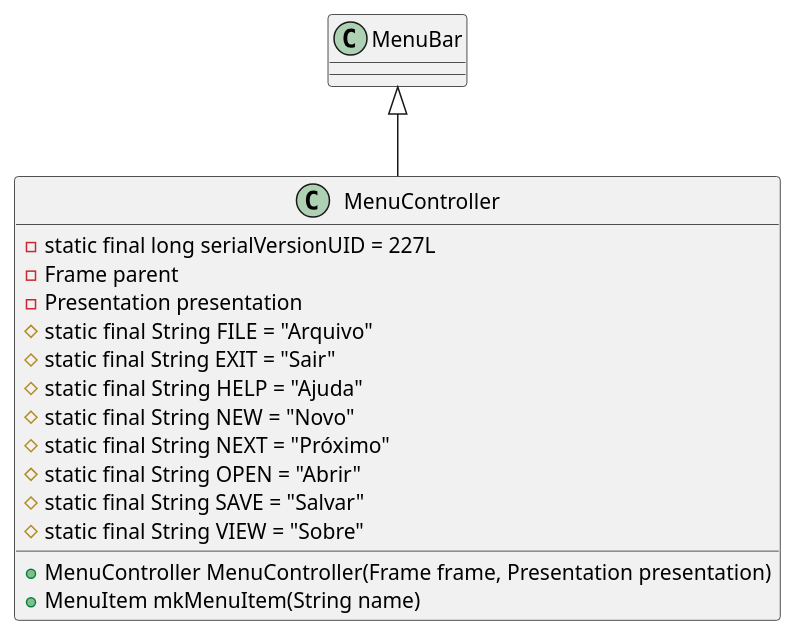
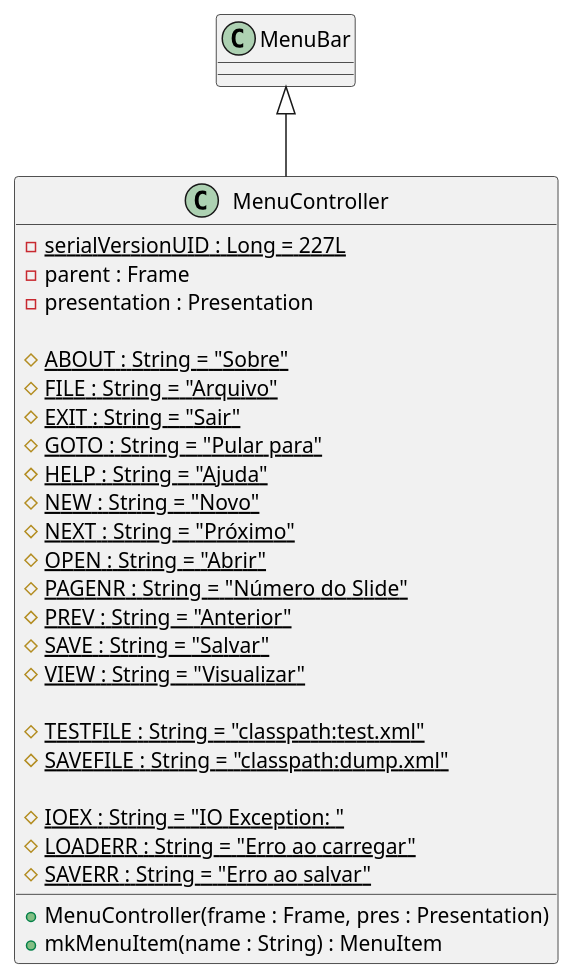
The diagram in jabberPoint/diagramaClasses/MenuController.puml (kvojps/estudo-uml), drawn with PlantUML before and after one commit.

Commit message:
adicionando diagrama de classes ppsw

```diff
--- a/jabberPoint/diagramaClasses/MenuController.puml
+++ b/jabberPoint/diagramaClasses/MenuController.puml
@@ -1,22 +1,37 @@
 @startuml menu controller
     class MenuBar {}
 
     MenuBar <|-- MenuController
 
-    class MenuController {
-        - static final long serialVersionUID = 227L
-        - Frame parent
-        - Presentation presentation
-        # static final String FILE = "Arquivo"
-        # static final String EXIT = "Sair"
-        # static final String HELP = "Ajuda"
-        # static final String NEW = "Novo"
-        # static final String NEXT = "Próximo"
-        # static final String OPEN = "Abrir"
-        # static final String SAVE = "Salvar"
-        # static final String VIEW = "Sobre"
+class MenuController {
 
-        + MenuController MenuController(Frame frame, Presentation presentation)
-        + MenuItem mkMenuItem(String name)
-    }
+  - {static} serialVersionUID : Long = 227L
+  - parent : Frame
+  - presentation : Presentation
+
+  # {static} ABOUT : String = "Sobre"
+  # {static} FILE : String = "Arquivo"
+  # {static} EXIT : String = "Sair"
+  # {static} GOTO : String = "Pular para"
+  # {static} HELP : String = "Ajuda"
+  # {static} NEW : String = "Novo"
+  # {static} NEXT : String = "Próximo"
+  # {static} OPEN : String = "Abrir"
+  # {static} PAGENR : String = "Número do Slide"
+  # {static} PREV : String = "Anterior"
+  # {static} SAVE : String = "Salvar"
+  # {static} VIEW : String = "Visualizar"
+
+  # {static} TESTFILE : String = "classpath:test.xml"
+  # {static} SAVEFILE : String = "classpath:dump.xml"
+
+  # {static} IOEX : String = "IO Exception: "
+  # {static} LOADERR : String = "Erro ao carregar"
+  # {static} SAVERR : String = "Erro ao salvar"
+
+  + MenuController(frame : Frame, pres : Presentation)
+  + mkMenuItem(name : String) : MenuItem
+
+}
+
 @enduml
```
